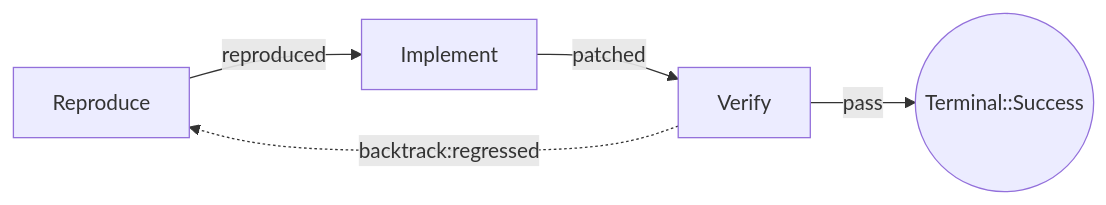
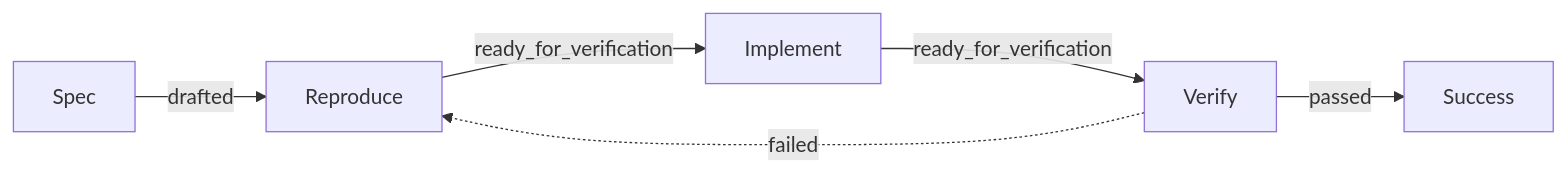
One commit to vanyastaff/surge changed the fourth of 6 diagrams in docs/archetypes.md. Above: the diagram before and after it, drawn with Mermaid. The commit also changed other lines of this file and 321 other files, not shown here.

````diff
--- a/docs/archetypes.md
+++ b/docs/archetypes.md
@@ -87,7 +87,8 @@
 ```mermaid
 flowchart LR
-    Reproduce --> |reproduced| Impl[Implement]
-    Impl --> |patched| Verify
-    Verify --> |pass| End((Terminal::Success))
-    Verify -. backtrack:regressed .-> Reproduce
+    Spec -->|drafted| Reproduce
+    Reproduce -->|ready_for_verification| Implement
+    Implement -->|ready_for_verification| Verify
+    Verify -->|passed| Success
+    Verify -. failed .-> Reproduce
 ```
````
